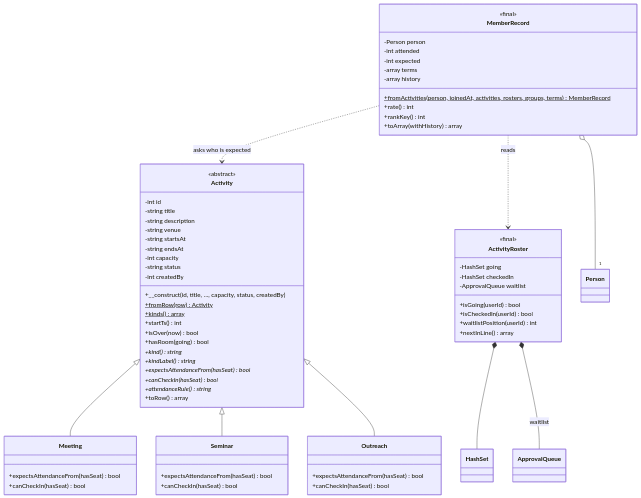
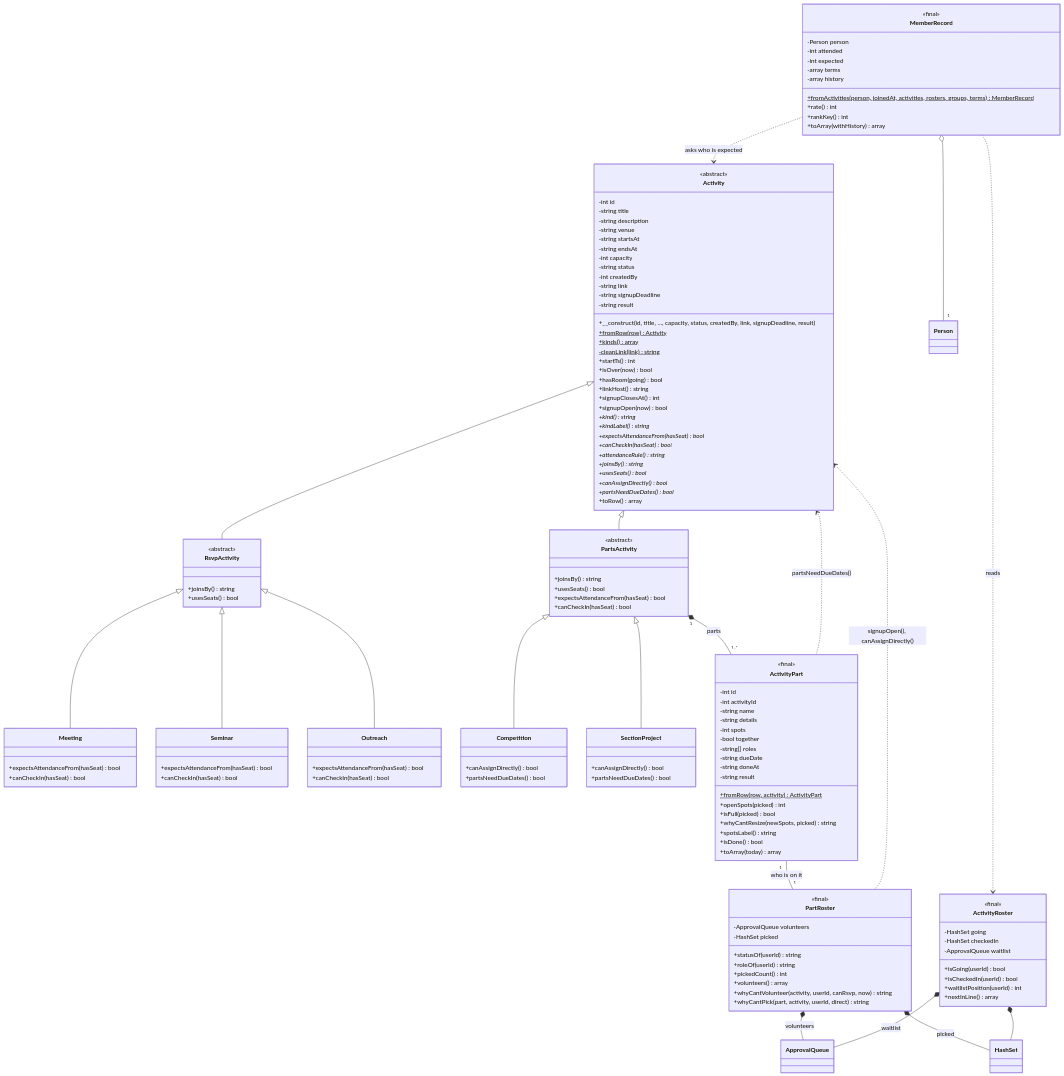
Before and after one commit to rcldvmnl/AcadSync: the second of 7 diagrams in docs/CLASS_DIAGRAM.md, drawn with Mermaid. The commit also changed other lines of this file and 48 other files, not shown here.

```diff
--- a/docs/CLASS_DIAGRAM.md
+++ b/docs/CLASS_DIAGRAM.md
@@ -132,18 +132,41 @@
         -int capacity
         -string status
         -int createdBy
-        +__construct(id, title, …, capacity, status, createdBy)
+        -string link
+        -string signupDeadline
+        -string result
+        +__construct(id, title, …, capacity, status, createdBy, link, signupDeadline, result)
         +fromRow(row)$ Activity
         +kinds()$ array
+        -cleanLink(link)$ string
         +startTs() int
         +isOver(now) bool
         +hasRoom(going) bool
+        +linkHost() string
+        +signupClosesAt() int
+        +signupOpen(now) bool
         +kind()* string
         +kindLabel()* string
         +expectsAttendanceFrom(hasSeat)* bool
         +canCheckIn(hasSeat)* bool
         +attendanceRule()* string
+        +joinsBy()* string
+        +usesSeats()* bool
+        +canAssignDirectly()* bool
+        +partsNeedDueDates()* bool
         +toRow() array
+    }
+    class RsvpActivity {
+        <<abstract>>
+        +joinsBy() string
+        +usesSeats() bool
+    }
+    class PartsActivity {
+        <<abstract>>
+        +joinsBy() string
+        +usesSeats() bool
+        +expectsAttendanceFrom(hasSeat) bool
+        +canCheckIn(hasSeat) bool
     }
     class Meeting {
         +expectsAttendanceFrom(hasSeat) bool
@@ -157,9 +180,59 @@
         +expectsAttendanceFrom(hasSeat) bool
         +canCheckIn(hasSeat) bool
     }
-    Activity <|-- Meeting
-    Activity <|-- Seminar
-    Activity <|-- Outreach
+    class Competition {
+        +canAssignDirectly() bool
+        +partsNeedDueDates() bool
+    }
+    class SectionProject {
+        +canAssignDirectly() bool
+        +partsNeedDueDates() bool
+    }
+    Activity <|-- RsvpActivity
+    Activity <|-- PartsActivity
+    RsvpActivity <|-- Meeting
+    RsvpActivity <|-- Seminar
+    RsvpActivity <|-- Outreach
+    PartsActivity <|-- Competition
+    PartsActivity <|-- SectionProject
+
+    class ActivityPart {
+        <<final>>
+        -int id
+        -int activityId
+        -string name
+        -string details
+        -int spots
+        -bool together
+        -string[] roles
+        -string dueDate
+        -string doneAt
+        -string result
+        +fromRow(row, activity)$ ActivityPart
+        +openSpots(picked) int
+        +isFull(picked) bool
+        +whyCantResize(newSpots, picked) string
+        +spotsLabel() string
+        +isDone() bool
+        +toArray(today) array
+    }
+    class PartRoster {
+        <<final>>
+        -ApprovalQueue volunteers
+        -HashSet picked
+        +statusOf(userId) string
+        +roleOf(userId) string
+        +pickedCount() int
+        +volunteers() array
+        +whyCantVolunteer(activity, userId, canRsvp, now) string
+        +whyCantPick(part, activity, userId, direct) string
+    }
+    PartsActivity "1" *-- "1..*" ActivityPart : parts
+    ActivityPart ..> Activity : partsNeedDueDates()
+    ActivityPart "1" -- "1" PartRoster : who is on it
+    PartRoster *-- ApprovalQueue : volunteers
+    PartRoster *-- HashSet : picked
+    PartRoster ..> Activity : signupOpen(), canAssignDirectly()
 
     class ActivityRoster {
         <<final>>
```
